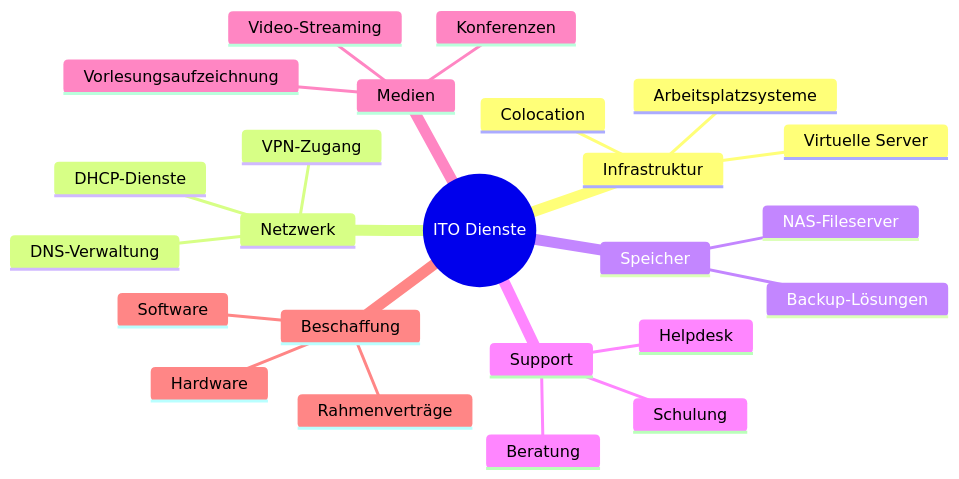
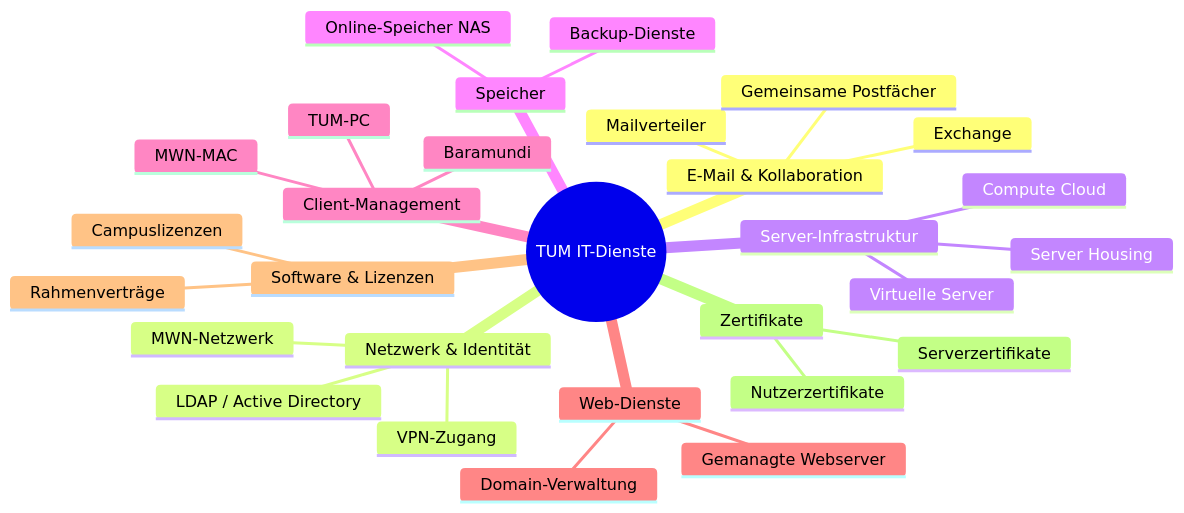
Before and after one commit to jtimo/tum-ito-admin-guide: the second of 2 diagrams in de/chapters/01-organisation.qmd, drawn with Mermaid. The commit also changed other lines of this file and 21 other files, not shown here.

````diff
--- a/de/chapters/01-organisation.qmd
+++ b/de/chapters/01-organisation.qmd
@@ -53,28 +52,33 @@
 ```{mermaid}
-%%| fig-cap: "ITO Service-Portfolio"
+%%| fig-cap: "TUM Zentrale IT-Dienste"
 mindmap
-    root((ITO Dienste))
-        Infrastruktur
+    root((TUM IT-Dienste))
+        E-Mail & Kollaboration
+            Exchange
+            Mailverteiler
+            Gemeinsame Postfächer
+        Netzwerk & Identität
+            MWN-Netzwerk
+            VPN-Zugang
+            LDAP / Active Directory
+        Server-Infrastruktur
             Virtuelle Server
-            Colocation
-            Arbeitsplatzsysteme
-        Netzwerk
-            DNS-Verwaltung
-            DHCP-Dienste
-            VPN-Zugang
+            Server Housing
+            Compute Cloud
         Speicher
-            NAS-Fileserver
-            Backup-Lösungen
-        Support
-            Helpdesk
-            Beratung
-            Schulung
-        Medien
-            Vorlesungsaufzeichnung
-            Video-Streaming
-            Konferenzen
-        Beschaffung
-            Hardware
-            Software
+            Online-Speicher NAS
+            Backup-Dienste
+        Client-Management
+            TUM-PC
+            MWN-MAC
+            Baramundi
+        Web-Dienste
+            Gemanagte Webserver
+            Domain-Verwaltung
+        Software & Lizenzen
+            Campuslizenzen
             Rahmenverträge
+        Zertifikate
+            Nutzerzertifikate
+            Serverzertifikate
 ```
````
